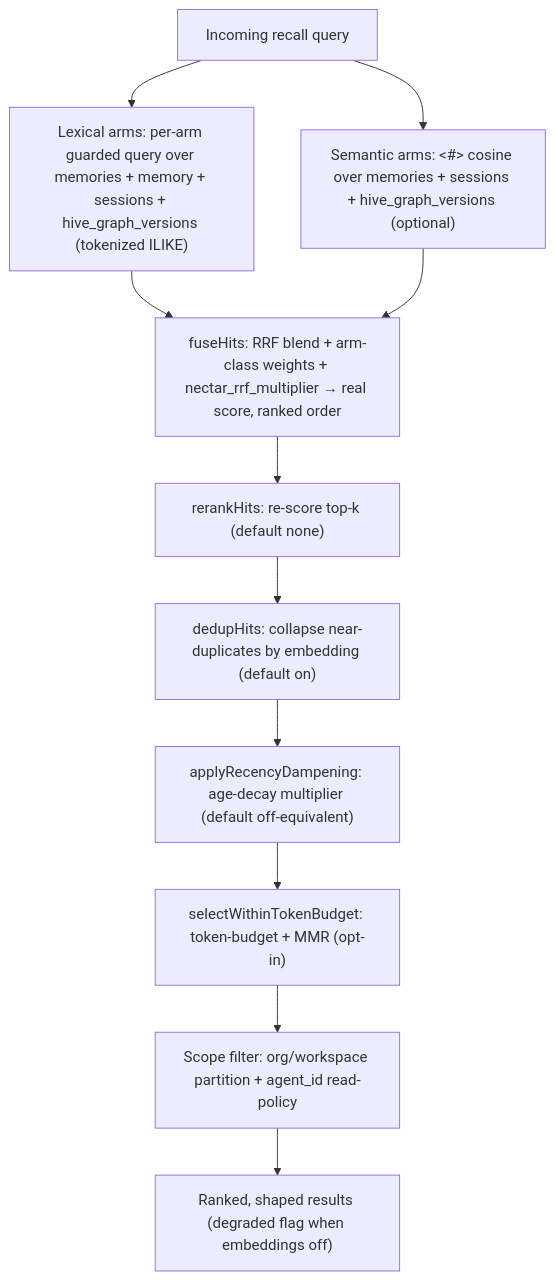
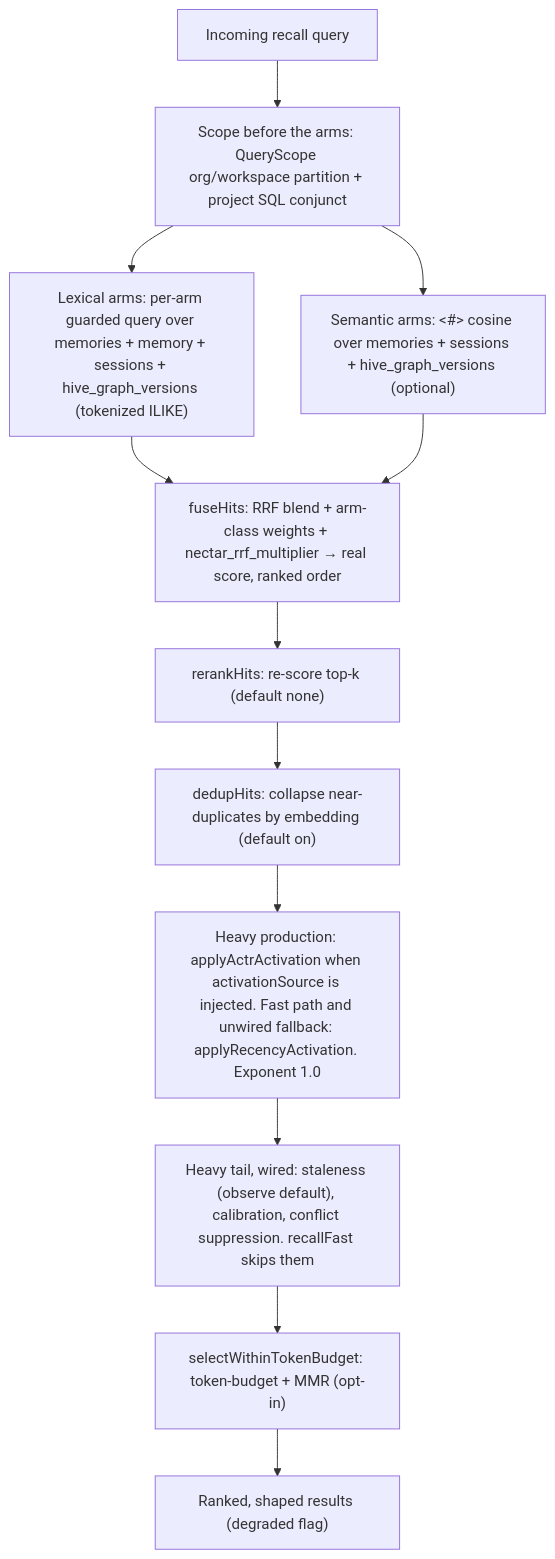
Before and after one commit to legioncodeinc/honeycomb: the diagram in library/knowledge/private/ai/retrieval.md, drawn with Mermaid. The commit also changed other lines of this file and 279 other files, not shown here.

````diff
--- a/library/knowledge/private/ai/retrieval.md
+++ b/library/knowledge/private/ai/retrieval.md
@@ -29,13 +30,14 @@
 ```mermaid
 flowchart TD
-    query["Incoming recall query"] --> lexical
-    query --> semantic
+    query["Incoming recall query"] --> scope
+    scope["Scope before the arms: QueryScope org/workspace partition + project SQL conjunct"] --> lexical
+    scope --> semantic
     lexical["Lexical arms: per-arm guarded query over memories + memory + sessions + hive_graph_versions (tokenized ILIKE)"] --> fuse
     semantic["Semantic arms: &lt;#&gt; cosine over memories + sessions + hive_graph_versions (optional)"] --> fuse
     fuse["fuseHits: RRF blend + arm-class weights + nectar_rrf_multiplier → real score, ranked order"] --> rerank
     rerank["rerankHits: re-score top-k (default none)"] --> dedup
-    dedup["dedupHits: collapse near-duplicates by embedding (default on)"] --> recency
-    recency["applyRecencyDampening: age-decay multiplier (default off-equivalent)"] --> assemble
-    assemble["selectWithinTokenBudget: token-budget + MMR (opt-in)"] --> scope
-    scope["Scope filter: org/workspace partition + agent_id read-policy"] --> out["Ranked, shaped results (degraded flag when embeddings off)"]
+    dedup["dedupHits: collapse near-duplicates by embedding (default on)"] --> activate
+    activate["Heavy production: applyActrActivation when activationSource is injected. Fast path and unwired fallback: applyRecencyActivation. Exponent 1.0"] --> lifecycle
+    lifecycle["Heavy tail, wired: staleness (observe default), calibration, conflict suppression. recallFast skips them"] --> assemble
+    assemble["selectWithinTokenBudget: token-budget + MMR (opt-in)"] --> out["Ranked, shaped results (degraded flag)"]
 ```
````
